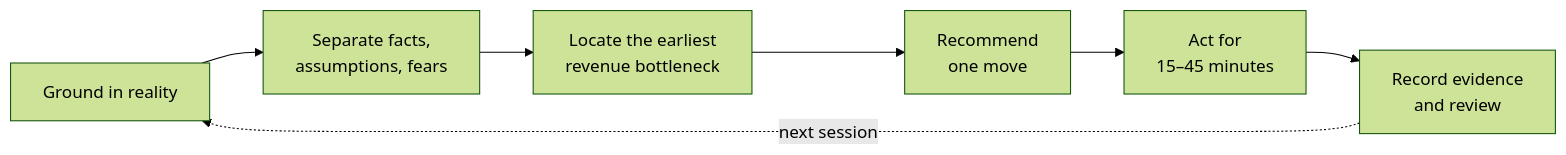
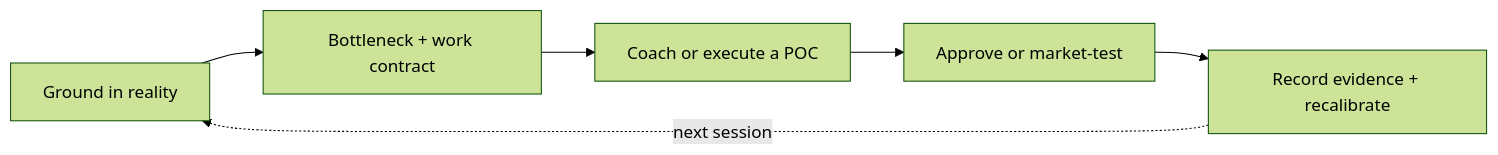
One commit to izestylusx/revenue-coach changed the fourth of 4 diagrams in README.md. Above: the diagram before and after it, drawn with Mermaid (forest theme). The commit also changed other lines of this file and 36 other files, not shown here.

````diff
--- a/README.md
+++ b/README.md
@@ -194,9 +248,8 @@
 ```mermaid
 flowchart LR
-    A[Ground in reality] --> B[Separate facts,<br>assumptions, fears]
-    B --> C[Locate the earliest<br>revenue bottleneck]
-    C --> D[Recommend<br>one move]
-    D --> E[Act for<br>15–45 minutes]
-    E --> F[Record evidence<br>and review]
-    F -. next session .-> A
+    A["Ground in reality"] --> B["Bottleneck + work contract"]
+    B --> C["Coach or execute a POC"]
+    C --> D["Approve or market-test"]
+    D --> E["Record evidence + recalibrate"]
+    E -. next session .-> A
 ```
````
